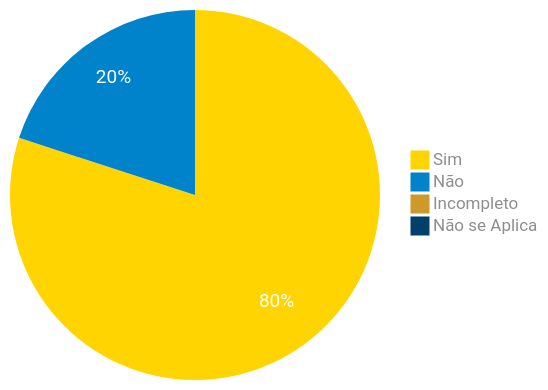
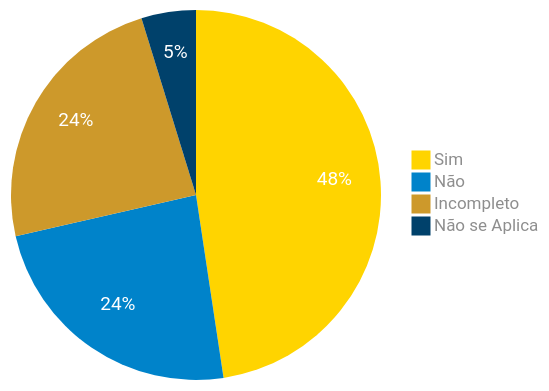
One commit to Requisitos-de-Software/2024.1-Serasa changed the diagram in docs/verificacao/grupo/modelagem/casos_de_uso/Minhas_iportacoes.md. Above: the diagram before and after it, drawn with Mermaid. The commit also changed other lines of this file and 6 other files, not shown here.

````diff
--- a/docs/verificacao/grupo/modelagem/casos_de_uso/Minhas_iportacoes.md
+++ b/docs/verificacao/grupo/modelagem/casos_de_uso/Minhas_iportacoes.md
@@ -86,24 +74,24 @@
 ``` mermaid
 %%{
   init: {
     'theme': 'base',
     'themeVariables': {
         'primaryColor': '#FFD400',
         'secondaryColor': '#0083CA',
         'tertiaryColor': '#CD992B',
         'pie4': '#00416B',
         'primaryTextColor': '#8e8e8e',
         'pieStrokeWidth': '0px',
         'pieOuterStrokeWidth': '0px',
         'pieOpacity': '1',
         'pieSectionTextColor': '#fff',
         'pieSectionTextSize': '19px'
     }
   }
 }%%
 pie
-    "Sim" : 8
-    "Não" : 2
-    "Incompleto" : 0
-    "Não se Aplica" : 0
+    "Sim" : 10
+    "Não" : 5
+    "Incompleto" : 5
+    "Não se Aplica" : 1
 ```
````
